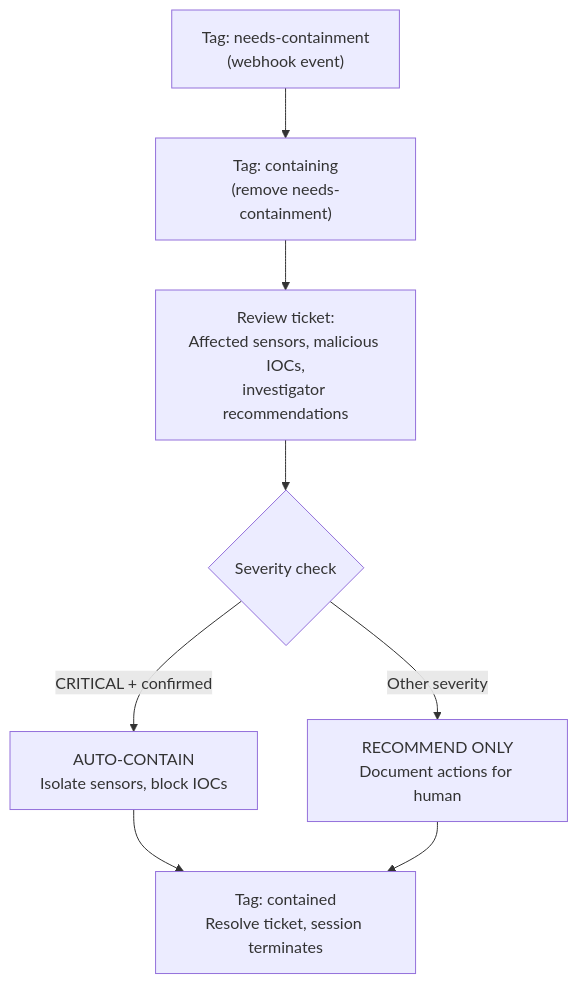
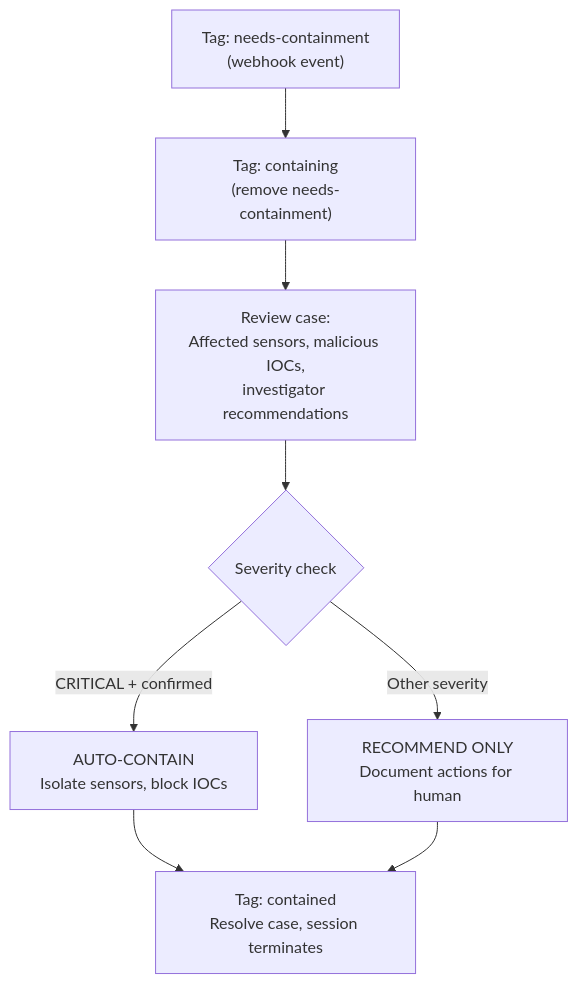
One commit to refractionPOINT/lc-ai changed the diagram in lc-soc/lean-soc/responder/README.md. Above: the diagram before and after it, drawn with Mermaid. The commit also changed other lines of this file and 74 other files, not shown here.

First line of the commit message:
Rename ticket→case in AI agent configs

````diff
--- a/lc-soc/lean-soc/responder/README.md
+++ b/lc-soc/lean-soc/responder/README.md
@@ -7,10 +7,10 @@
 ```mermaid
 flowchart TD
     trigger["Tag: needs-containment<br/>(webhook event)"] --> tag["Tag: containing<br/>(remove needs-containment)"]
-    tag --> review["Review ticket:<br/>Affected sensors, malicious IOCs,<br/>investigator recommendations"]
+    tag --> review["Review case:<br/>Affected sensors, malicious IOCs,<br/>investigator recommendations"]
     review --> severity{Severity check}
     severity -->|"CRITICAL + confirmed"| auto["AUTO-CONTAIN<br/>Isolate sensors, block IOCs"]
     severity -->|Other severity| recommend["RECOMMEND ONLY<br/>Document actions for human"]
-    auto --> done["Tag: contained<br/>Resolve ticket, session terminates"]
+    auto --> done["Tag: contained<br/>Resolve case, session terminates"]
     recommend --> done
 ```
````
